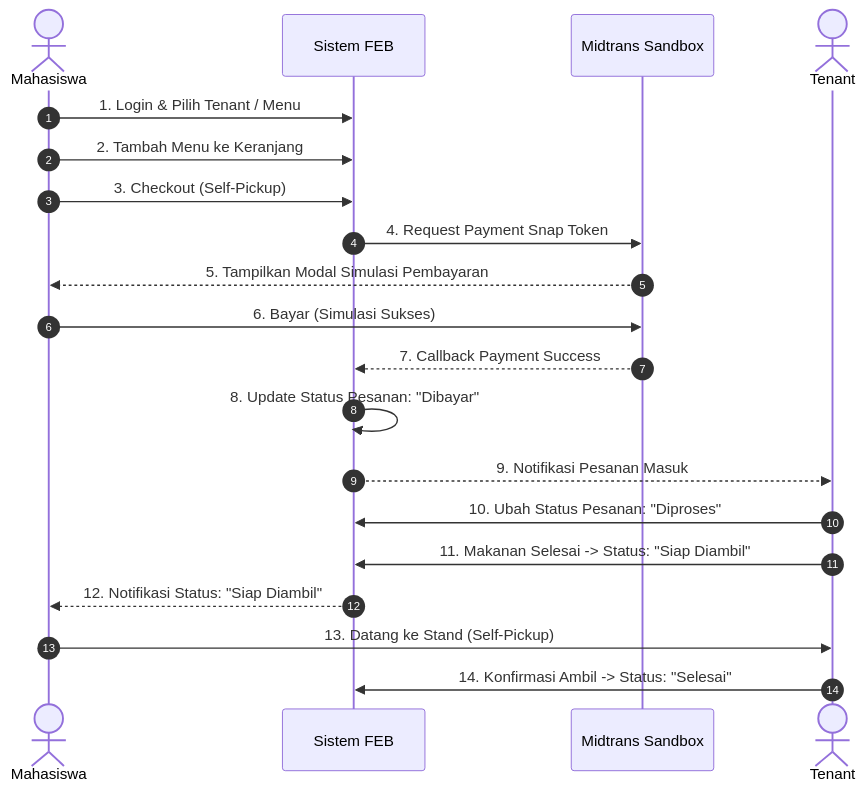
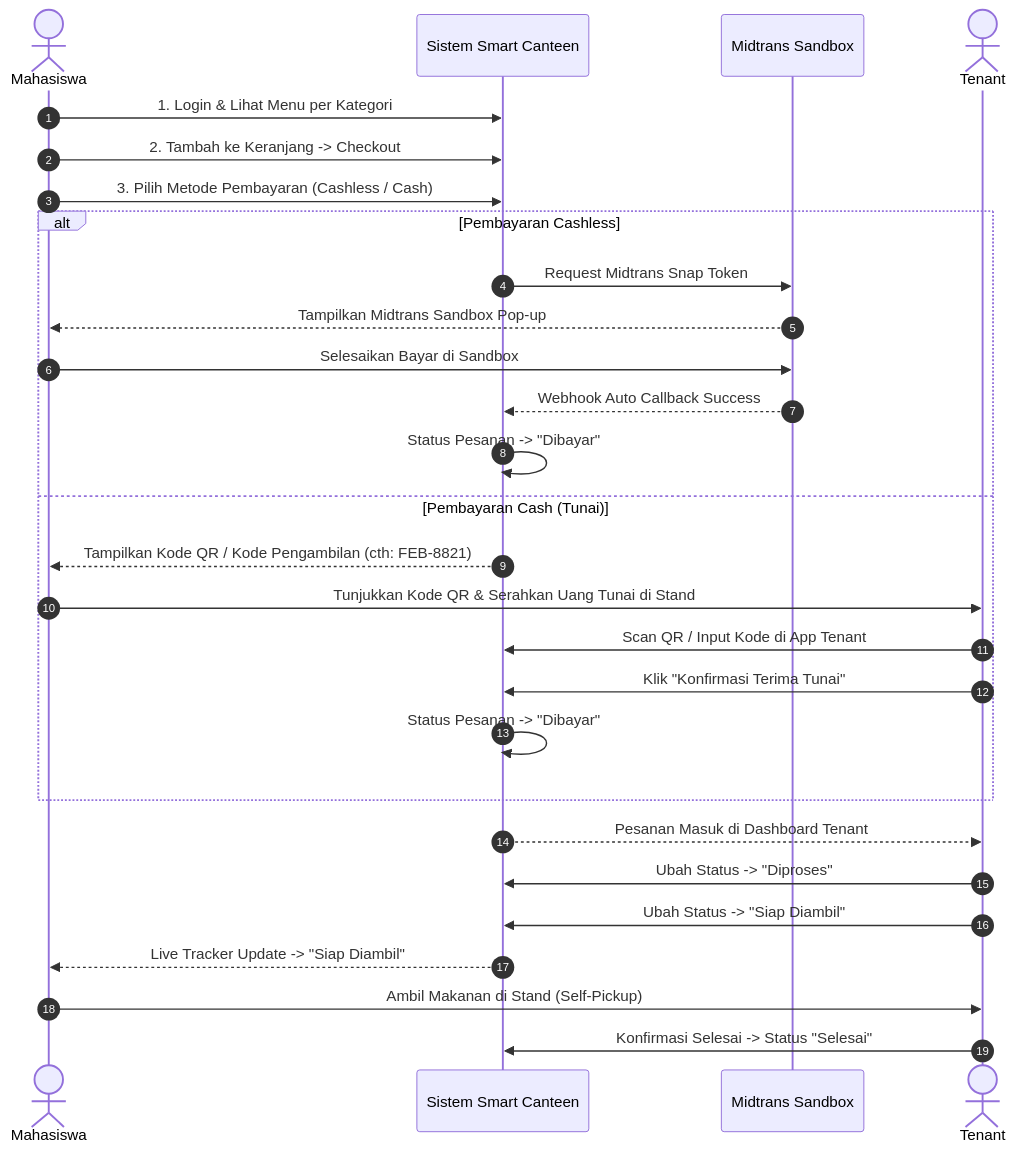
Before and after one commit to Hnzsama/smart_canteen: the first of 2 diagrams in docs/03-user-flow.md, drawn with Mermaid. The commit also changed other lines of this file and 190 other files, not shown here.

Commit message:
feat: complete project architecture, dual payment engine (cashless & cash QR scan), soft deletes, and full laravel codebase

````diff
--- a/docs/03-user-flow.md
+++ b/docs/03-user-flow.md
@@ -7,23 +7,33 @@
 ```mermaid
 sequenceDiagram
     autonumber
     actor M as Mahasiswa
-    participant SYS as Sistem FEB
+    participant SYS as Sistem Smart Canteen
     participant MID as Midtrans Sandbox
     actor T as Tenant
 
-    M->>SYS: 1. Login & Pilih Tenant / Menu
-    M->>SYS: 2. Tambah Menu ke Keranjang
-    M->>SYS: 3. Checkout (Self-Pickup)
-    SYS->>MID: 4. Request Payment Snap Token
-    MID-->>M: 5. Tampilkan Modal Simulasi Pembayaran
-    M->>MID: 6. Bayar (Simulasi Sukses)
-    MID-->>SYS: 7. Callback Payment Success
-    SYS->>SYS: 8. Update Status Pesanan: "Dibayar"
-    SYS-->>T: 9. Notifikasi Pesanan Masuk
-    T->>SYS: 10. Ubah Status Pesanan: "Diproses"
-    T->>SYS: 11. Makanan Selesai -> Status: "Siap Diambil"
-    SYS-->>M: 12. Notifikasi Status: "Siap Diambil"
-    M->>T: 13. Datang ke Stand (Self-Pickup)
-    T->>SYS: 14. Konfirmasi Ambil -> Status: "Selesai"
+    M->>SYS: 1. Login & Lihat Menu per Kategori
+    M->>SYS: 2. Tambah ke Keranjang -> Checkout
+    M->>SYS: 3. Pilih Metode Pembayaran (Cashless / Cash)
+    
+    alt Pembayaran Cashless
+        SYS->>MID: Request Midtrans Snap Token
+        MID-->>M: Tampilkan Midtrans Sandbox Pop-up
+        M->>MID: Selesaikan Bayar di Sandbox
+        MID-->>SYS: Webhook Auto Callback Success
+        SYS->>SYS: Status Pesanan -> "Dibayar"
+    else Pembayaran Cash (Tunai)
+        SYS-->>M: Tampilkan Kode QR / Kode Pengambilan (cth: FEB-8821)
+        M->>T: Tunjukkan Kode QR & Serahkan Uang Tunai di Stand
+        T->>SYS: Scan QR / Input Kode di App Tenant
+        T->>SYS: Klik "Konfirmasi Terima Tunai"
+        SYS->>SYS: Status Pesanan -> "Dibayar"
+    end
+
+    SYS-->>T: Pesanan Masuk di Dashboard Tenant
+    T->>SYS: Ubah Status -> "Diproses"
+    T->>SYS: Ubah Status -> "Siap Diambil"
+    SYS-->>M: Live Tracker Update -> "Siap Diambil"
+    M->>T: Ambil Makanan di Stand (Self-Pickup)
+    T->>SYS: Konfirmasi Selesai -> Status "Selesai"
 ```
````
